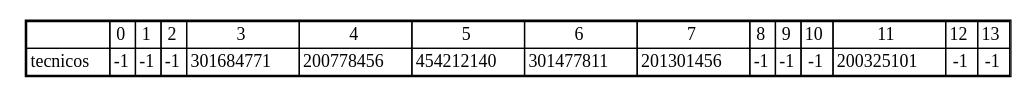
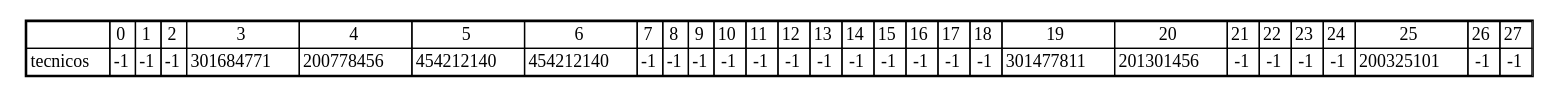
The diagram in FASE3/tabla_hash.dot (nxz7/EDD_PROYECTO-_202200007), drawn with Graphviz before and after one commit. The commit also changed 19 other files, not shown here.

```diff
--- a/FASE3/tabla_hash.dot
+++ b/FASE3/tabla_hash.dot
@@ -1,41 +1,69 @@
 digraph {
   node [shape=plaintext];
   hash_table [label=<
     <TABLE BORDER="1" CELLBORDER="1" CELLSPACING="0">
       <TR>
         <TD></TD>
         <TD>0</TD>
         <TD>1</TD>
         <TD>2</TD>
         <TD>3</TD>
         <TD>4</TD>
         <TD>5</TD>
         <TD>6</TD>
         <TD>7</TD>
         <TD>8</TD>
         <TD>9</TD>
         <TD>10</TD>
         <TD>11</TD>
         <TD>12</TD>
         <TD>13</TD>
+        <TD>14</TD>
+        <TD>15</TD>
+        <TD>16</TD>
+        <TD>17</TD>
+        <TD>18</TD>
+        <TD>19</TD>
+        <TD>20</TD>
+        <TD>21</TD>
+        <TD>22</TD>
+        <TD>23</TD>
+        <TD>24</TD>
+        <TD>25</TD>
+        <TD>26</TD>
+        <TD>27</TD>
       </TR>
       <TR>
         <TD>tecnicos</TD>
         <TD>-1</TD>
         <TD>-1</TD>
         <TD>-1</TD>
         <TD>301684771</TD>
         <TD>200778456</TD>
         <TD>454212140</TD>
+        <TD>454212140</TD>
+        <TD>-1</TD>
+        <TD>-1</TD>
+        <TD>-1</TD>
+        <TD>-1</TD>
+        <TD>-1</TD>
+        <TD>-1</TD>
+        <TD>-1</TD>
+        <TD>-1</TD>
+        <TD>-1</TD>
+        <TD>-1</TD>
+        <TD>-1</TD>
+        <TD>-1</TD>
         <TD>301477811</TD>
         <TD>201301456</TD>
+        <TD>-1</TD>
         <TD>-1</TD>
         <TD>-1</TD>
         <TD>-1</TD>
         <TD>200325101</TD>
         <TD>-1</TD>
         <TD>-1</TD>
       </TR>
     </TABLE>
   >];
 }
```
